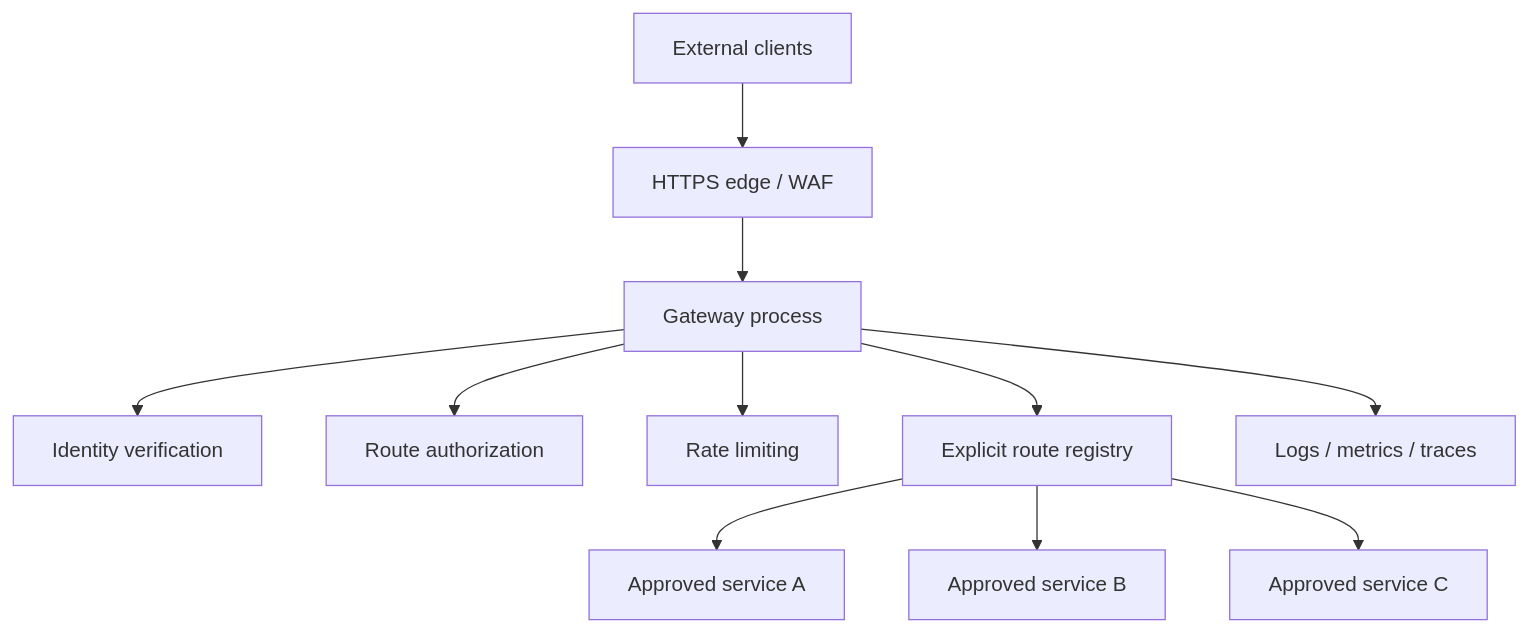
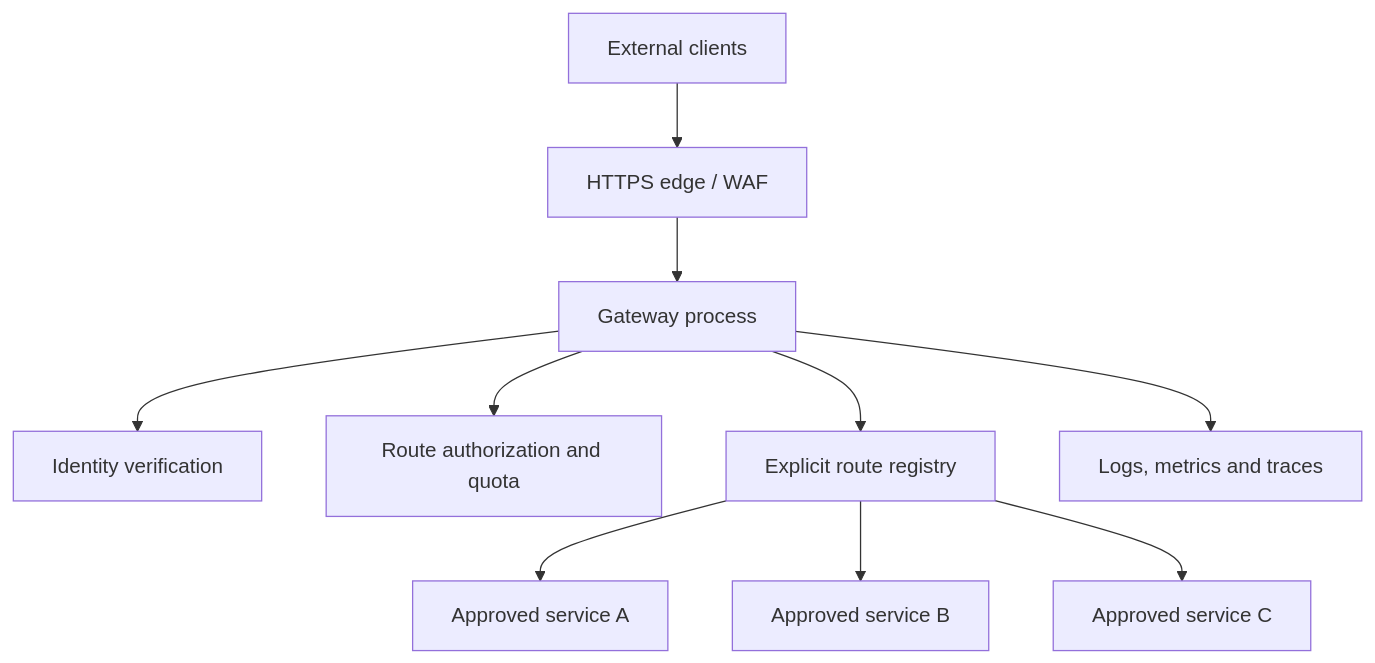
One commit to Brajesh31/API-Gateway-Tripzy changed the diagram in docs/architecture.md. Above: the diagram before and after it, drawn with Mermaid. The commit also changed other lines of this file, not shown here.

Commit message:
docs: complete docs/architecture.md

````diff
--- a/docs/architecture.md
+++ b/docs/architecture.md
@@ -9,13 +9,12 @@
 ```mermaid
 flowchart TB
-    Client[External clients] --> Edge[HTTPS edge / WAF]
-    Edge --> GW[Gateway process]
-    GW --> Auth[Identity verification]
-    GW --> Policy[Route authorization]
-    GW --> Limit[Rate limiting]
-    GW --> Router[Explicit route registry]
-    Router --> S1[Approved service A]
-    Router --> S2[Approved service B]
-    Router --> S3[Approved service C]
-    GW --> Telemetry[Logs / metrics / traces]
+  Client[External clients] --> Edge[HTTPS edge / WAF]
+  Edge --> GW[Gateway process]
+  GW --> Auth[Identity verification]
+  GW --> Policy[Route authorization and quota]
+  GW --> Registry[Explicit route registry]
+  Registry --> A[Approved service A]
+  Registry --> B[Approved service B]
+  Registry --> C[Approved service C]
+  GW --> Telemetry[Logs, metrics and traces]
 ```
````
